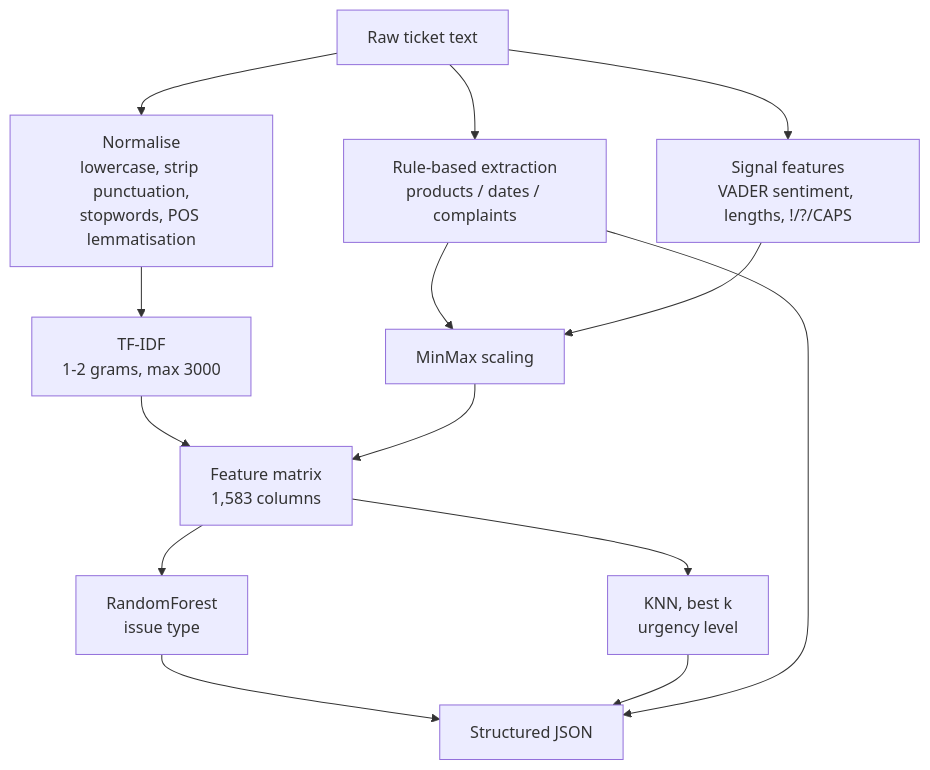
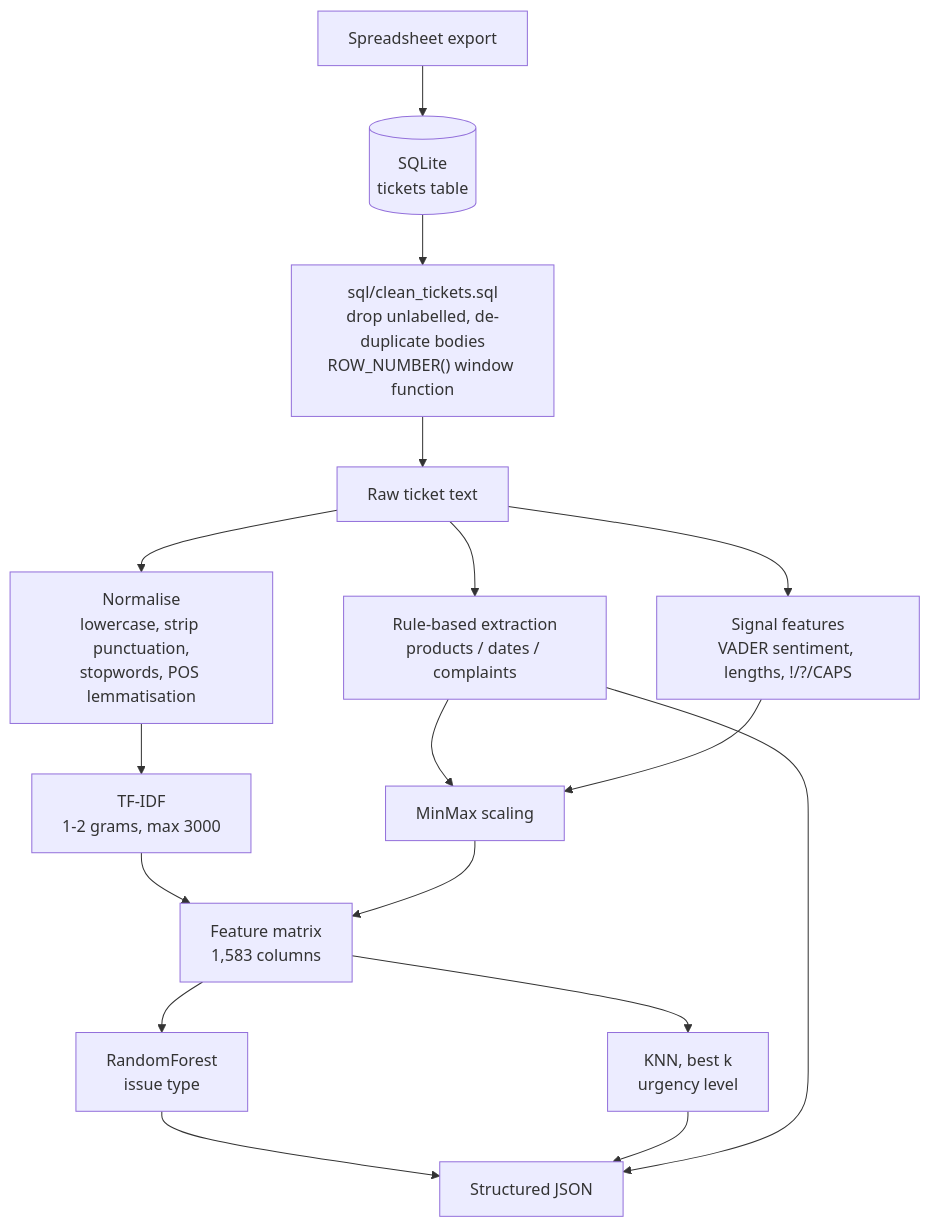
The diagram in README.md (VishnujanNarayanan/ticket-classifier-nlp), drawn with Mermaid before and after one commit. The commit also changed other lines of this file and 10 other files, not shown here.

````diff
--- a/README.md
+++ b/README.md
@@ -62,20 +66,23 @@
 ```mermaid
 flowchart TB
-    Raw["Raw ticket text"] --> Clean["Normalise<br/>lowercase, strip punctuation,<br/>stopwords, POS lemmatisation"]
+    Xlsx["Spreadsheet export"] --> DB[("SQLite<br/>tickets table")]
+    DB --> SQL["sql/clean_tickets.sql<br/>drop unlabelled, de-duplicate bodies<br/>ROW_NUMBER() window function"]
+    SQL --> Raw["Raw ticket text"]
+    Raw --> Clean["Normalise<br/>lowercase, strip punctuation,<br/>stopwords, POS lemmatisation"]
     Raw --> Ents["Rule-based extraction<br/>products / dates / complaints"]
     Raw --> Meta["Signal features<br/>VADER sentiment, lengths, !/?/CAPS"]
 
     Clean --> Tfidf["TF-IDF<br/>1-2 grams, max 3000"]
     Ents --> Scale["MinMax scaling"]
     Meta --> Scale
 
     Tfidf --> X["Feature matrix<br/>1,583 columns"]
     Scale --> X
 
     X --> RF["RandomForest<br/>issue type"]
     X --> KNN["KNN, best k<br/>urgency level"]
 
     RF --> Out["Structured JSON"]
     KNN --> Out
     Ents --> Out
 ```
````
